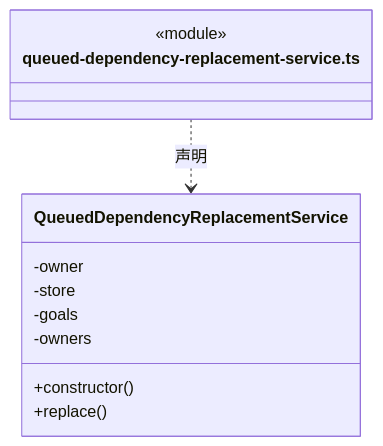
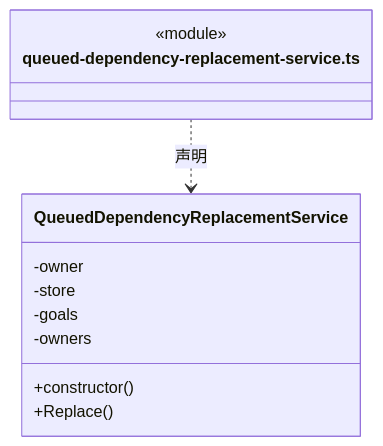
One commit to nan023062/cbim changed the fifth of 25 diagrams in src/logic/tasks/runtime/ARCHITECTURE.md. Above: the diagram before and after it, drawn with Mermaid. The commit also changed other lines of this file and 1035 other files, not shown here.

````diff
--- a/src/logic/tasks/runtime/ARCHITECTURE.md
+++ b/src/logic/tasks/runtime/ARCHITECTURE.md
@@ -120,15 +120,15 @@
 ```mermaid
 classDiagram
 class N_src_logic_tasks_runtime_queued_dependency_replacement_service_ts["queued-dependency-replacement-service.ts"] {
   <<module>>
 }
 class N_src_logic_tasks_runtime_queued_dependency_replacement_service_ts_QueuedDependencyReplacementService["QueuedDependencyReplacementService"] {
   +constructor()
-  +replace()
+  +Replace()
   -owner
   -store
   -goals
   -owners
 }
 N_src_logic_tasks_runtime_queued_dependency_replacement_service_ts ..> N_src_logic_tasks_runtime_queued_dependency_replacement_service_ts_QueuedDependencyReplacementService : 声明
 ```
````
